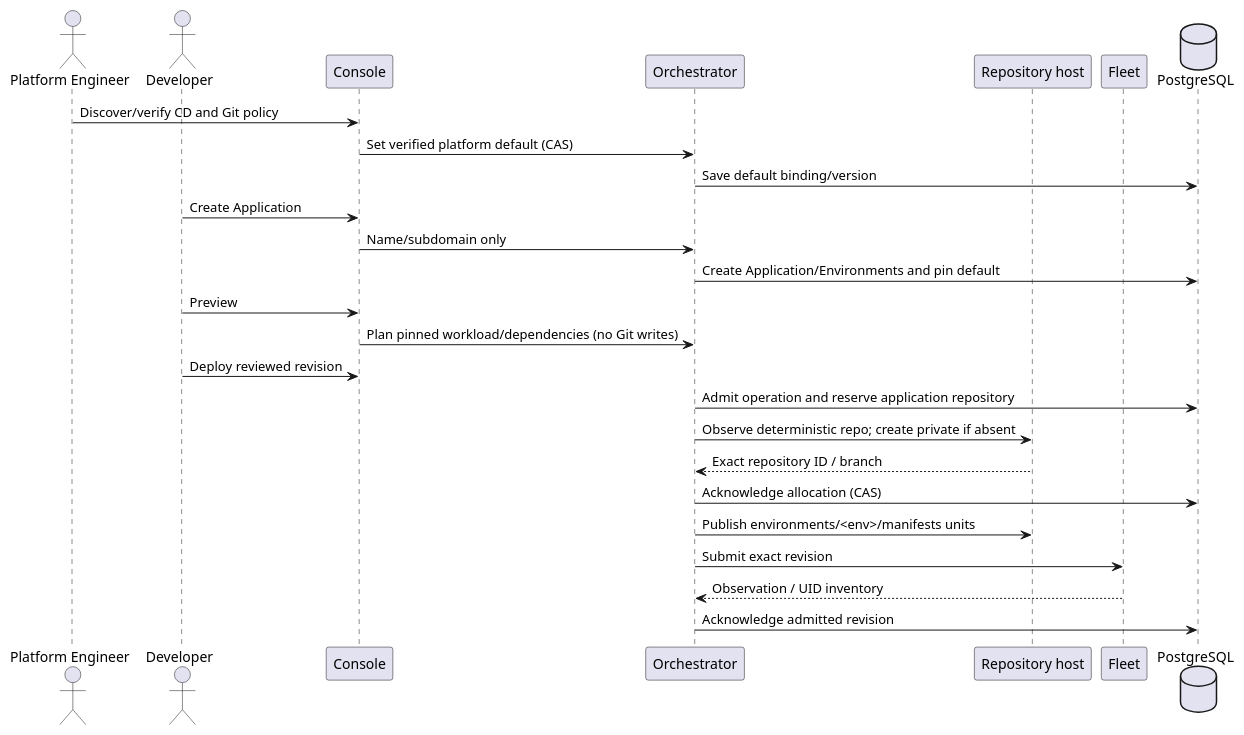
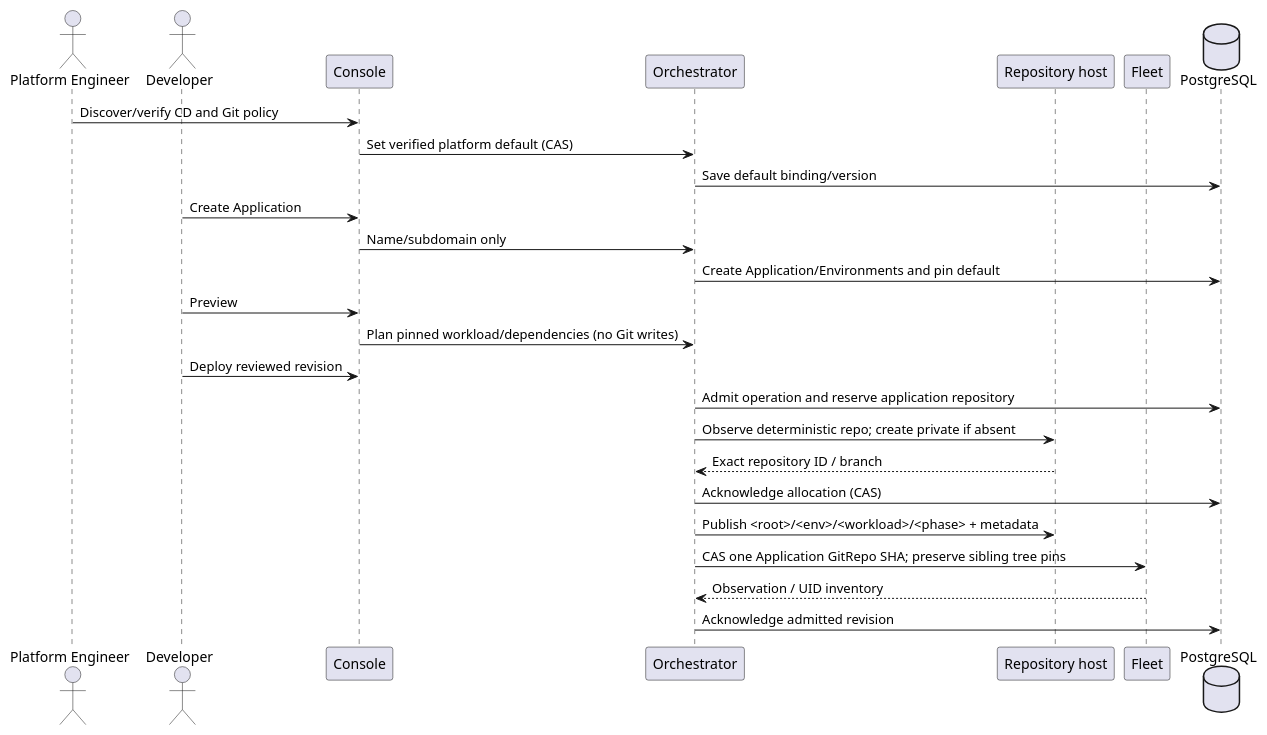
One commit to pr3s3nt/poc changed the diagram in orchestrator_docs/architecture/components/platform-managed-delivery-sequence.puml. Above: the diagram before and after it, drawn with PlantUML. The commit also changed 45 other files, not shown here.

Commit message:
refactor(delivery): share one Fleet GitRepo across application environments

```diff
--- a/orchestrator_docs/architecture/components/platform-managed-delivery-sequence.puml
+++ b/orchestrator_docs/architecture/components/platform-managed-delivery-sequence.puml
@@ -1,26 +1,26 @@
 @startuml
 actor "Platform Engineer" as PE
 actor Developer
 participant Console
 participant Orchestrator
 participant "Repository host" as Git
 participant Fleet
 database PostgreSQL
 PE -> Console : Discover/verify CD and Git policy
 Console -> Orchestrator : Set verified platform default (CAS)
 Orchestrator -> PostgreSQL : Save default binding/version
 Developer -> Console : Create Application
 Console -> Orchestrator : Name/subdomain only
 Orchestrator -> PostgreSQL : Create Application/Environments and pin default
 Developer -> Console : Preview
 Console -> Orchestrator : Plan pinned workload/dependencies (no Git writes)
 Developer -> Console : Deploy reviewed revision
 Orchestrator -> PostgreSQL : Admit operation and reserve application repository
 Orchestrator -> Git : Observe deterministic repo; create private if absent
 Git --> Orchestrator : Exact repository ID / branch
 Orchestrator -> PostgreSQL : Acknowledge allocation (CAS)
-Orchestrator -> Git : Publish environments/<env>/manifests units
-Orchestrator -> Fleet : Submit exact revision
+Orchestrator -> Git : Publish <root>/<env>/<workload>/<phase> + metadata
+Orchestrator -> Fleet : CAS one Application GitRepo SHA; preserve sibling tree pins
 Fleet --> Orchestrator : Observation / UID inventory
 Orchestrator -> PostgreSQL : Acknowledge admitted revision
 @enduml
```
